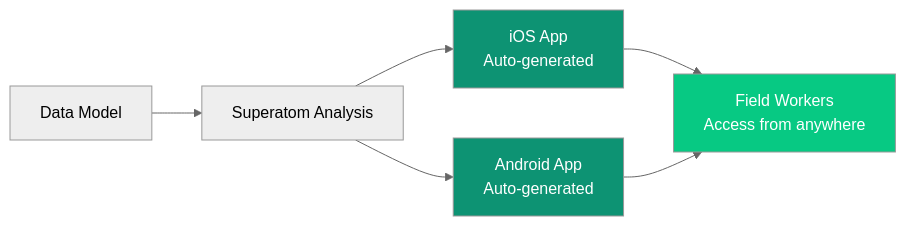
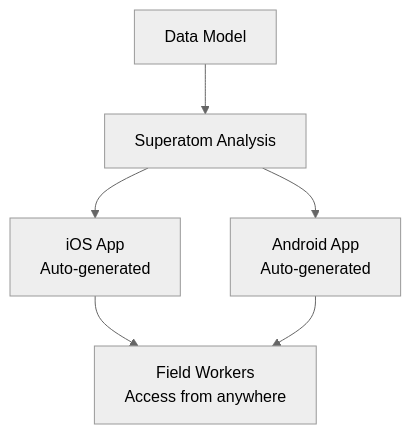
The seventh of 9 diagrams in introduction/problems.mdx (ashishsuperatom/tech-docs), drawn with Mermaid (neutral theme) before and after one commit. The commit also changed other lines of this file and 37 other files, not shown here.

First line of the commit message:
Clean up docs: remove em-dashes, fix mermaid diagrams, remove emojis

````diff
--- a/introduction/problems.mdx
+++ b/introduction/problems.mdx
@@ -297,13 +282,10 @@
 ```mermaid
-flowchart LR
+flowchart TD
     DATA["Data Model"] --> ANALYSIS["Superatom Analysis"]
     ANALYSIS --> IOS["iOS App<br>Auto-generated"]
     ANALYSIS --> ANDROID["Android App<br>Auto-generated"]
 
     IOS --> FIELD["Field Workers<br>Access from anywhere"]
     ANDROID --> FIELD
 
-    style IOS fill:#0D9373,color:#fff
-    style ANDROID fill:#0D9373,color:#fff
-    style FIELD fill:#07C983,color:#fff
 ```
````
